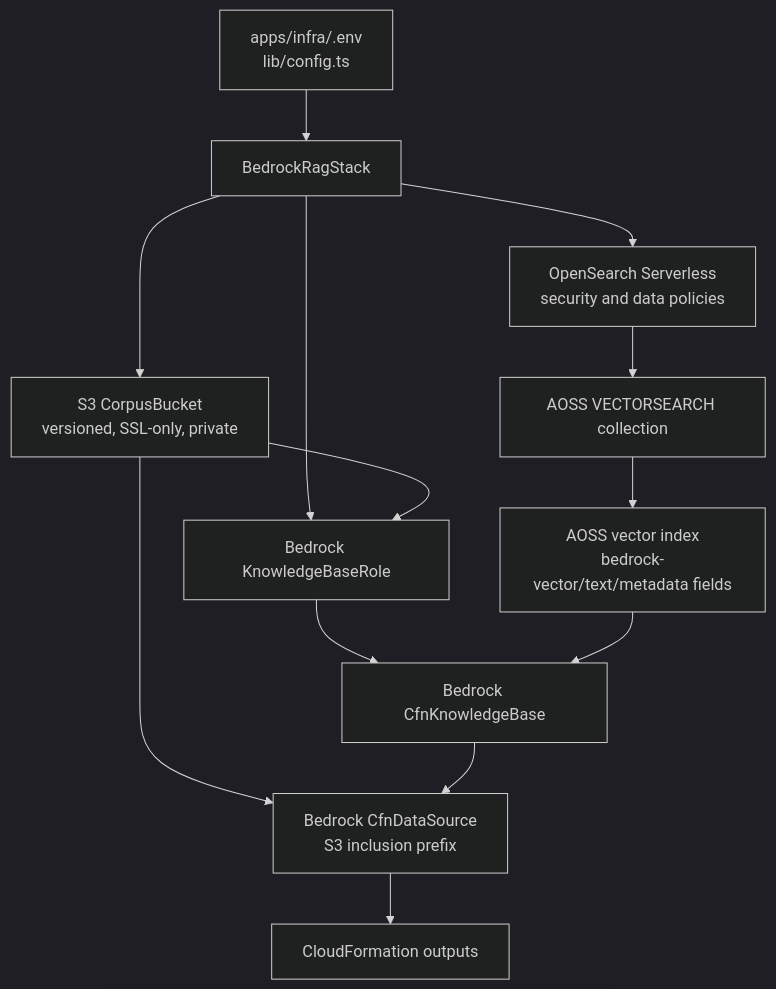
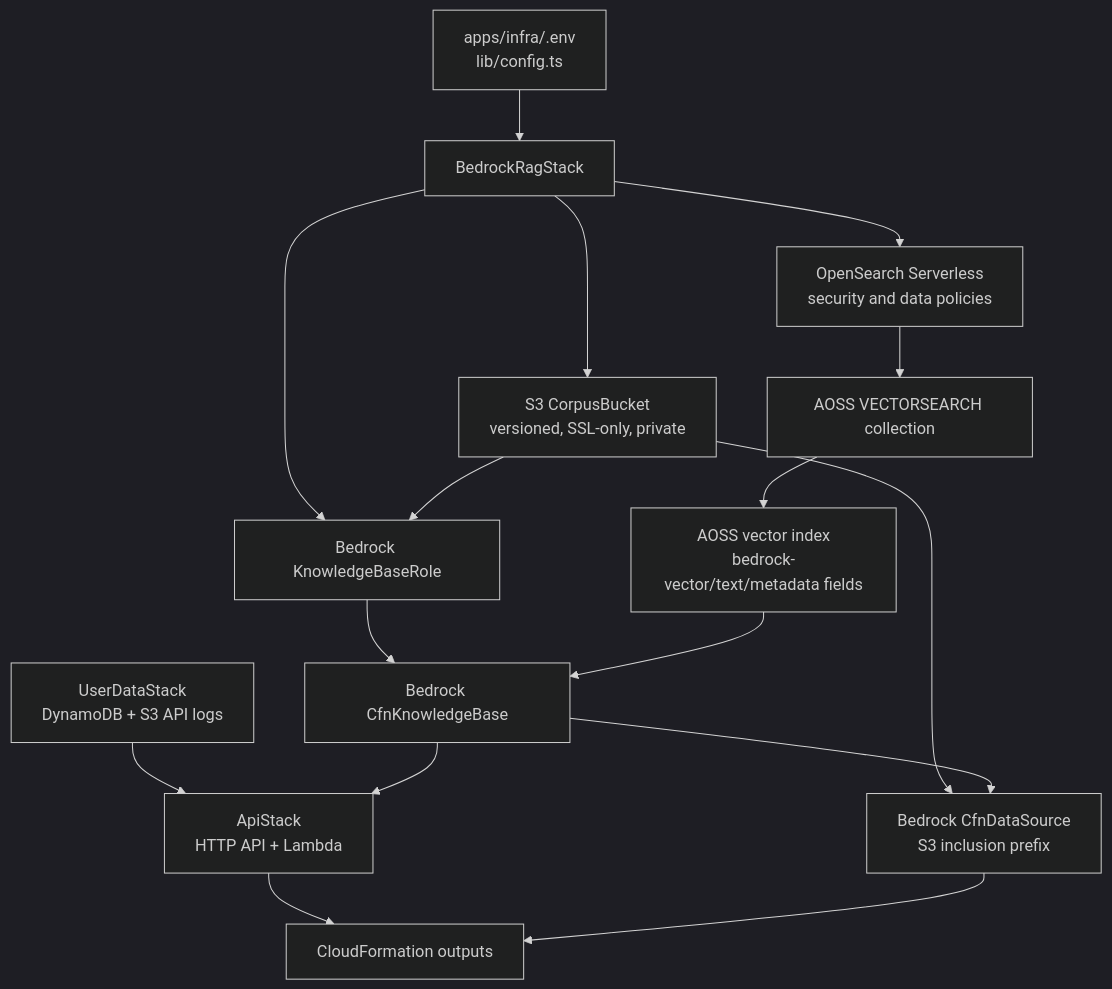
The second of 3 diagrams in docs/bedrock_rag_api_integration.md (ava-collins/simple-tarot), drawn with Mermaid (dark theme) before and after one commit. The commit also changed other lines of this file and 7 other files, not shown here.

````diff
--- a/docs/bedrock_rag_api_integration.md
+++ b/docs/bedrock_rag_api_integration.md
@@ -151,26 +173,31 @@
 ```mermaid
 flowchart TB
     Config["apps/infra/.env<br/>lib/config.ts"]
     Stack["BedrockRagStack"]
     Bucket["S3 CorpusBucket<br/>versioned, SSL-only, private"]
     Policies["OpenSearch Serverless<br/>security and data policies"]
     Collection["AOSS VECTORSEARCH collection"]
     Index["AOSS vector index<br/>bedrock-vector/text/metadata fields"]
     Role["Bedrock KnowledgeBaseRole"]
     KB["Bedrock CfnKnowledgeBase"]
     DS["Bedrock CfnDataSource<br/>S3 inclusion prefix"]
+    UserData["UserDataStack<br/>DynamoDB + S3 API logs"]
+    APIStack["ApiStack<br/>HTTP API + Lambda"]
     Outputs["CloudFormation outputs"]
 
     Config --> Stack
     Stack --> Bucket
     Stack --> Policies
     Policies --> Collection
     Collection --> Index
     Stack --> Role
     Bucket --> Role
     Role --> KB
     Index --> KB
     Bucket --> DS
     KB --> DS
+    UserData --> APIStack
+    KB --> APIStack
+    APIStack --> Outputs
     DS --> Outputs
 ```
````
